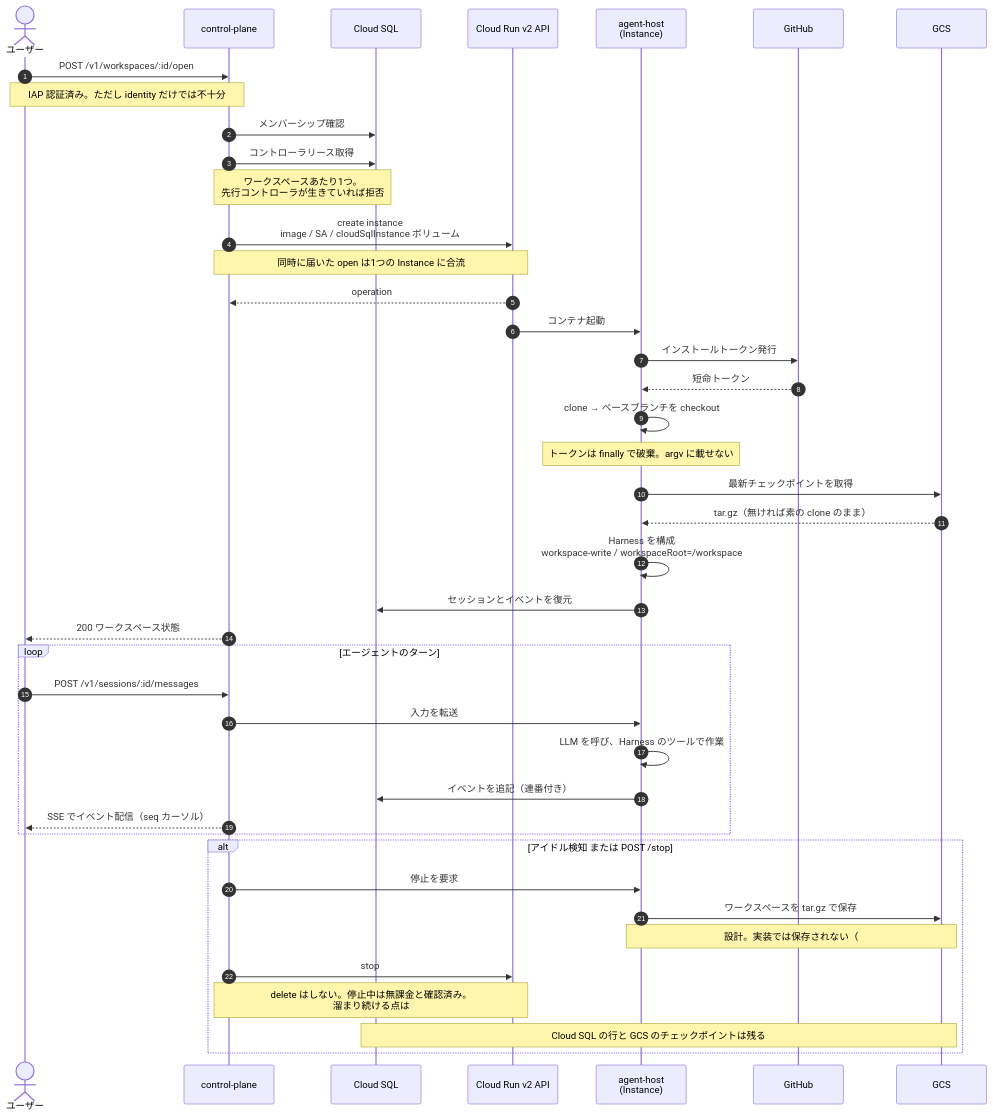
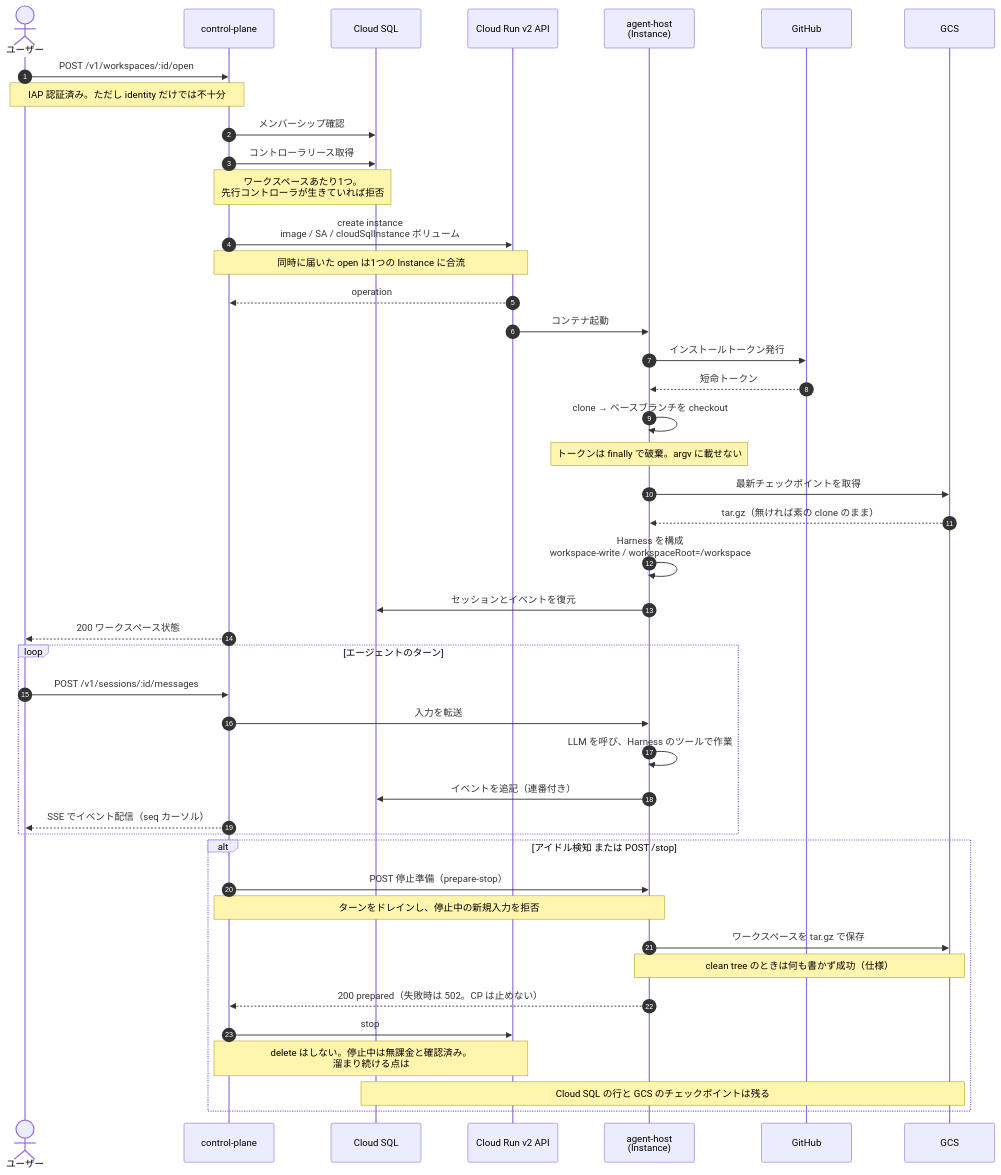
One commit to mpppk/cloud-run-dsh changed the second of 2 diagrams in docs/architecture.md. Above: the diagram before and after it, drawn with Mermaid. The commit also changed other lines of this file, not shown here.

Commit message:
docs(72,75): stop/checkpoint flow now matches implementation

````diff
--- a/docs/architecture.md
+++ b/docs/architecture.md
@@ -99,49 +102,51 @@
 ```mermaid
 sequenceDiagram
   autonumber
   actor U as ユーザー
   participant CP as control-plane
   participant DB as Cloud SQL
   participant RUN as Cloud Run v2 API
   participant AH as agent-host<br/>(Instance)
   participant GH as GitHub
   participant GCS as GCS
 
   U->>CP: POST /v1/workspaces/:id/open
   Note over U,CP: IAP 認証済み。ただし identity だけでは不十分
   CP->>DB: メンバーシップ確認
   CP->>DB: コントローラリース取得
   Note over CP,DB: ワークスペースあたり1つ。<br/>先行コントローラが生きていれば拒否
 
   CP->>RUN: create instance<br/>image / SA / cloudSqlInstance ボリューム
   Note over CP,RUN: 同時に届いた open は1つの Instance に合流
   RUN-->>CP: operation
   RUN->>AH: コンテナ起動
 
   AH->>GH: インストールトークン発行
   GH-->>AH: 短命トークン
   AH->>AH: clone → ベースブランチを checkout
   Note over AH: トークンは finally で破棄。argv に載せない
   AH->>GCS: 最新チェックポイントを取得
   GCS-->>AH: tar.gz（無ければ素の clone のまま）
   AH->>AH: Harness を構成<br/>workspace-write / workspaceRoot=/workspace
   AH->>DB: セッションとイベントを復元
   CP-->>U: 200 ワークスペース状態
 
   loop エージェントのターン
     U->>CP: POST /v1/sessions/:id/messages
     CP->>AH: 入力を転送
     AH->>AH: LLM を呼び、Harness のツールで作業
     AH->>DB: イベントを追記（連番付き）
     CP-->>U: SSE でイベント配信（seq カーソル）
   end
 
   alt アイドル検知 または POST /stop
-    CP->>AH: 停止を要求
+    CP->>AH: POST 停止準備（prepare-stop）
+    Note over CP,AH: ターンをドレインし、停止中の新規入力を拒否
     AH->>GCS: ワークスペースを tar.gz で保存
-    Note over AH,GCS: 設計。実装では保存されない（#72）
+    Note over AH,GCS: clean tree のときは何も書かず成功（仕様）
+    AH-->>CP: 200 prepared（失敗時は 502。CP は止めない）
     CP->>RUN: stop
     Note over CP,RUN: delete はしない。停止中は無課金と確認済み。<br/>溜まり続ける点は #85
     Note over DB,GCS: Cloud SQL の行と GCS のチェックポイントは残る
   end
 ```
````
